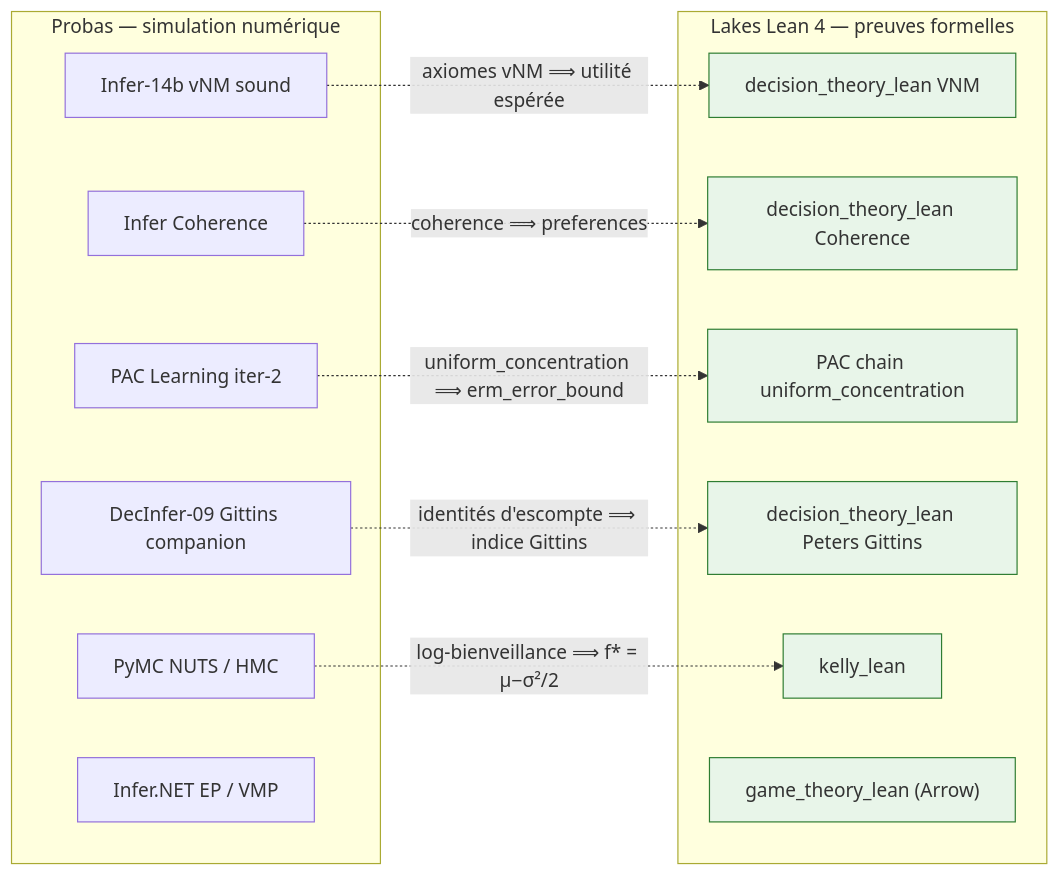
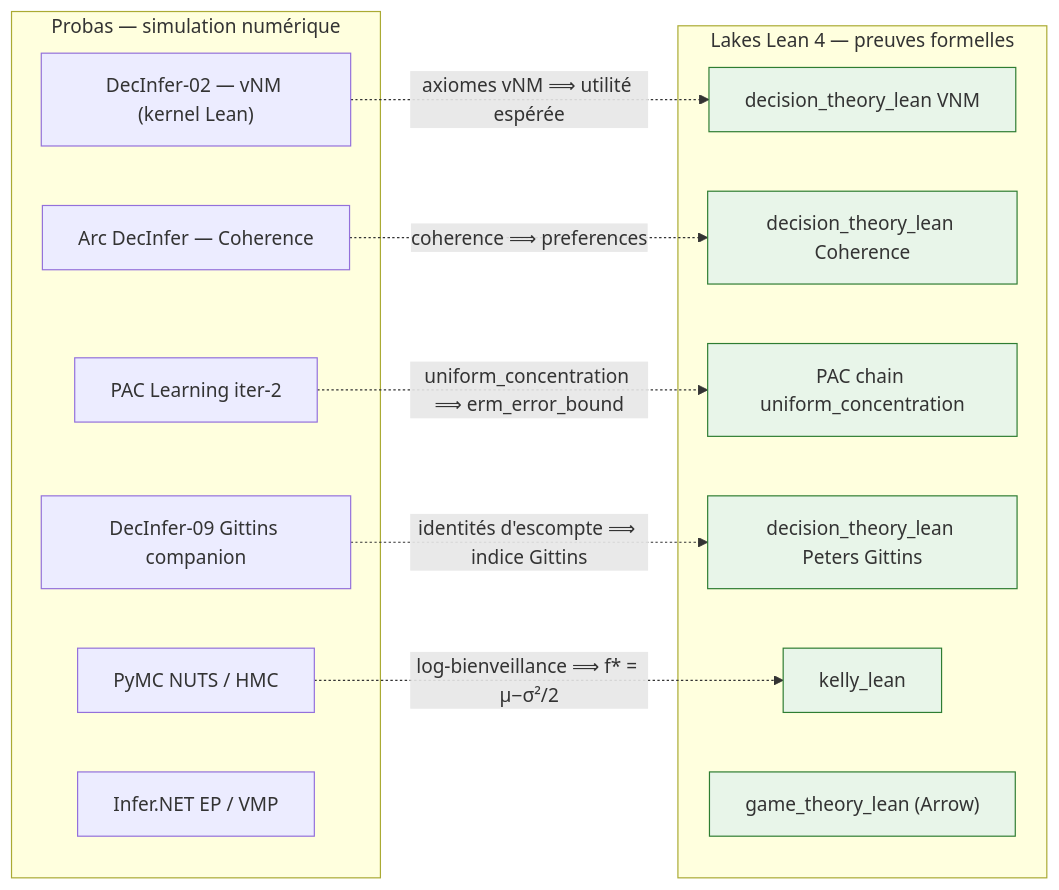
One commit to jsboige/CoursIA changed the third of 3 diagrams in MyIA.AI.Notebooks/Probas/README.md. Above: the diagram before and after it, drawn with Mermaid. The commit also changed other lines of this file, not shown here.

````diff
--- a/MyIA.AI.Notebooks/Probas/README.md
+++ b/MyIA.AI.Notebooks/Probas/README.md
@@ -611,33 +626,33 @@
 ```mermaid
 flowchart LR
     subgraph SIM["Probas — simulation numérique"]
-        NB_DT["Infer-14b vNM sound"]
-        NB_CO["Infer Coherence"]
+        NB_DT["DecInfer-02 — vNM (kernel Lean)"]
+        NB_CO["Arc DecInfer — Coherence"]
         NB_GIT["DecInfer-09 Gittins companion"]
         NB_PAC["PAC Learning iter-2"]
         NB_MCMC["PyMC NUTS / HMC"]
         NB_EP["Infer.NET EP / VMP"]
     end
     subgraph LEAN["Lakes Lean 4 — preuves formelles"]
         LK_DT["decision_theory_lean VNM"]
         LK_CO["decision_theory_lean Coherence"]
         LK_PAC["PAC chain uniform_concentration"]
         LK_GIT["decision_theory_lean Peters Gittins"]
         LK_KELLY["kelly_lean"]
         LK_SC["game_theory_lean (Arrow)"]
     end
     NB_DT -. "axiomes vNM ⟹ utilité espérée" .-> LK_DT
     NB_CO -. "coherence ⟹ preferences" .-> LK_CO
     NB_PAC -. "uniform_concentration ⟹ erm_error_bound" .-> LK_PAC
     NB_GIT -. "identités d'escompte ⟹ indice Gittins" .-> LK_GIT
     NB_MCMC -. "log-bienveillance ⟹ f* = μ−σ²/2" .-> LK_KELLY
     %% NB_EP (Infer.NET EP / VMP) = inférence bayésienne approximative ;
     %% la passerelle Dung ↔ argumentation_lean est couverte par le tableau §E ci-dessus (ligne SymbolicAI ↔ Probas),
     %% pas par un lien direct depuis ce nœud de simulation.
     style LK_DT fill:#e8f5e9,stroke:#2e7d32
     style LK_CO fill:#e8f5e9,stroke:#2e7d32
     style LK_PAC fill:#e8f5e9,stroke:#2e7d32
     style LK_GIT fill:#e8f5e9,stroke:#2e7d32
     style LK_KELLY fill:#e8f5e9,stroke:#2e7d32
     style LK_SC fill:#e8f5e9,stroke:#2e7d32
 ```
````
